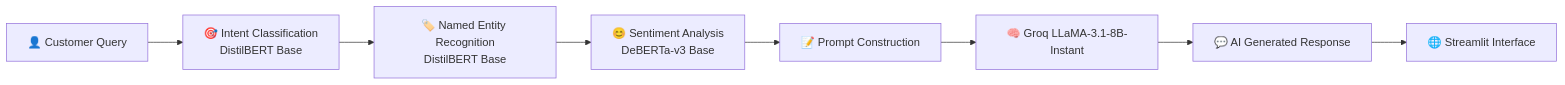
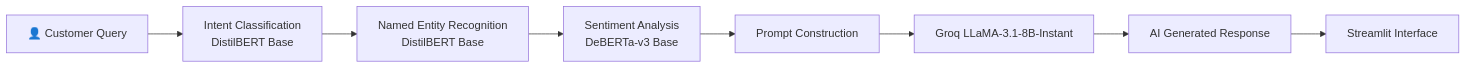
The diagram in README.md (Shashank123-wq-tech/E-commerce-Chatbot), drawn with Mermaid before and after one commit. The commit also changed other lines of this file, not shown here.

````diff
--- a/README.md
+++ b/README.md
@@ -251,20 +251,20 @@
 ```mermaid
 flowchart LR
 
 A[👤 Customer Query]
 
-A --> B[🎯 Intent Classification<br>DistilBERT Base]
+A --> B[ Intent Classification<br>DistilBERT Base]
 
-B --> C[🏷️ Named Entity Recognition<br>DistilBERT Base]
+B --> C[ Named Entity Recognition<br>DistilBERT Base]
 
-C --> D[😊 Sentiment Analysis<br>DeBERTa-v3 Base]
+C --> D[ Sentiment Analysis<br>DeBERTa-v3 Base]
 
-D --> E[📝 Prompt Construction]
+D --> E[ Prompt Construction]
 
-E --> F[🧠 Groq LLaMA-3.1-8B-Instant]
+E --> F[ Groq LLaMA-3.1-8B-Instant]
 
-F --> G[💬 AI Generated Response]
+F --> G[ AI Generated Response]
 
-G --> H[🌐 Streamlit Interface]
+G --> H[ Streamlit Interface]
 
 ```
````
